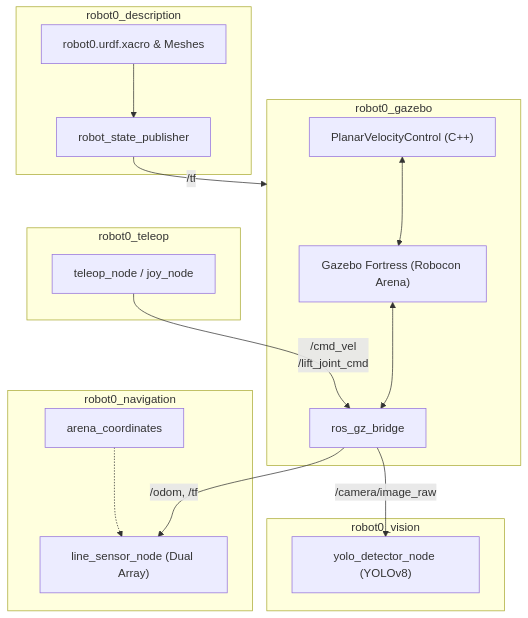
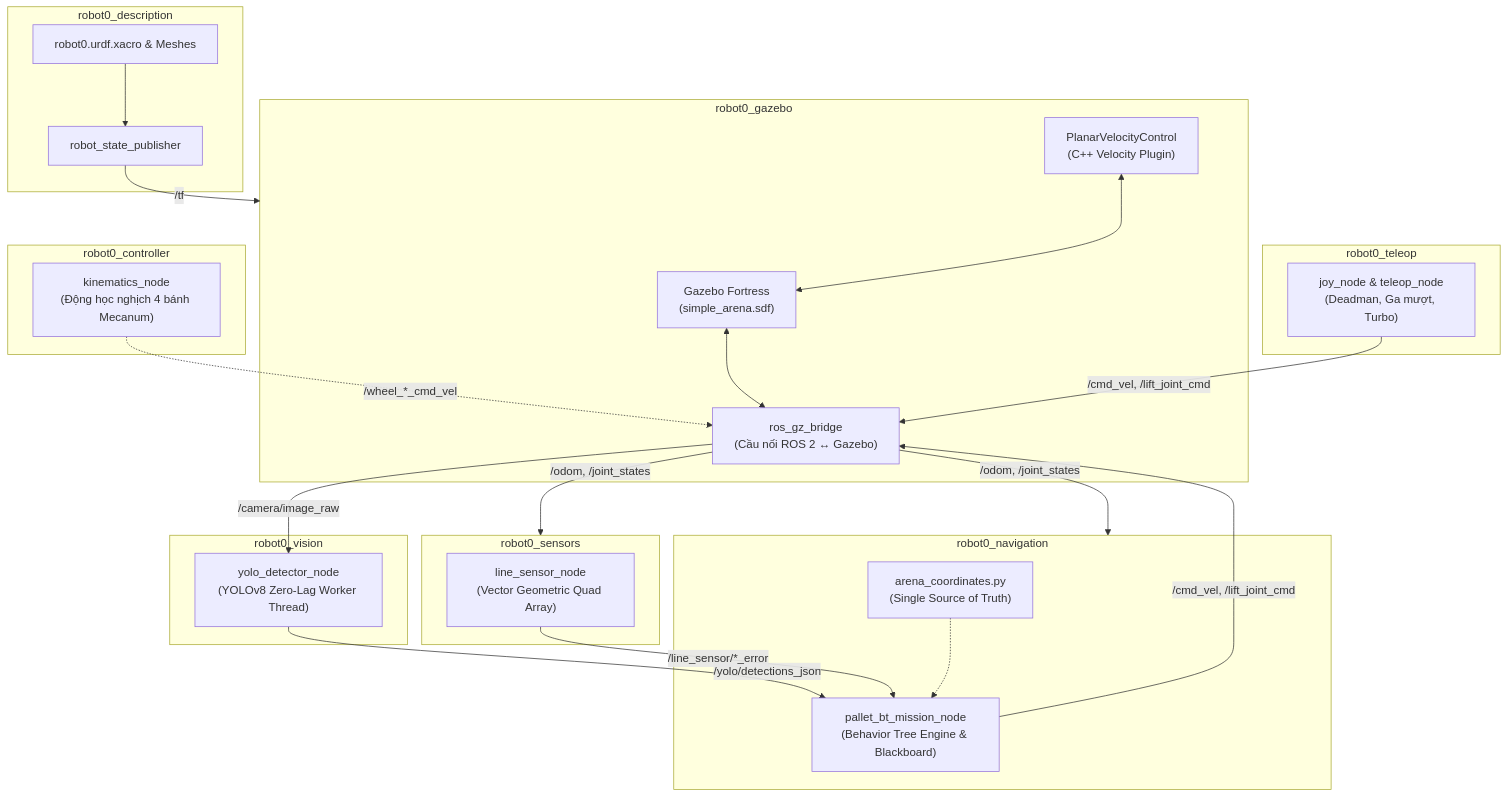
Before and after one commit to vuquan2005/da-cdt: the diagram in README.md, drawn with Mermaid. The commit also changed other lines of this file and 11 other files, not shown here.

````diff
--- a/README.md
+++ b/README.md
@@ -9,36 +9,49 @@
 ```mermaid
 flowchart TD
     subgraph TELEOP["robot0_teleop"]
-        Joy["teleop_node / joy_node"]
+        Joy["joy_node & teleop_node<br/>(Deadman, Ga mượt, Turbo)"]
     end
 
     subgraph SIMULATION["robot0_gazebo"]
-        GZ["Gazebo Fortress (Robocon Arena)"]
-        Bridge["ros_gz_bridge"]
-        Plugin["PlanarVelocityControl (C++)"]
+        GZ["Gazebo Fortress<br/>(simple_arena.sdf)"]
+        Bridge["ros_gz_bridge<br/>(Cầu nối ROS 2 ↔ Gazebo)"]
+        Plugin["PlanarVelocityControl<br/>(C++ Velocity Plugin)"]
         GZ <--> Bridge
         Plugin <--> GZ
     end
 
     subgraph VISION["robot0_vision"]
-        Yolo["yolo_detector_node (YOLOv8)"]
+        Yolo["yolo_detector_node<br/>(YOLOv8 Zero-Lag Worker Thread)"]
+    end
+
+    subgraph SENSORS["robot0_sensors"]
+        LineSensor["line_sensor_node<br/>(Vector Geometric Quad Array)"]
     end
 
     subgraph NAVIGATION["robot0_navigation"]
-        LineSensor["line_sensor_node (Dual Array)"]
-        ArenaCoords["arena_coordinates"]
+        BT["pallet_bt_mission_node<br/>(Behavior Tree Engine & Blackboard)"]
+        Coords["arena_coordinates.py<br/>(Single Source of Truth)"]
+        Coords -.-> BT
+    end
+
+    subgraph CONTROLLER["robot0_controller"]
+        Kinematics["kinematics_node<br/>(Động học nghịch 4 bánh Mecanum)"]
     end
 
     subgraph DESCRIPTION["robot0_description"]
         URDF["robot0.urdf.xacro & Meshes"]
         RSP["robot_state_publisher"]
         URDF --> RSP
     end
 
     %% Luồng điều khiển & Cảm biến
-    Joy -->|"/cmd_vel<br/>/lift_joint_cmd"| Bridge
+    Joy -->|"/cmd_vel, /lift_joint_cmd"| Bridge
+    BT -->|"/cmd_vel, /lift_joint_cmd"| Bridge
+    Kinematics -.->|"/wheel_*_cmd_vel"| Bridge
     Bridge -->|"/camera/image_raw"| Yolo
-    Bridge -->|"/odom, /tf"| LineSensor
+    Bridge -->|"/odom, /joint_states"| SENSORS
+    Bridge -->|"/odom, /joint_states"| NAVIGATION
+    Yolo -->|"/yolo/detections_json"| BT
+    LineSensor -->|"/line_sensor/*_error"| BT
     RSP -->|"/tf"| SIMULATION
-    ArenaCoords -.-> LineSensor
 ```
````
